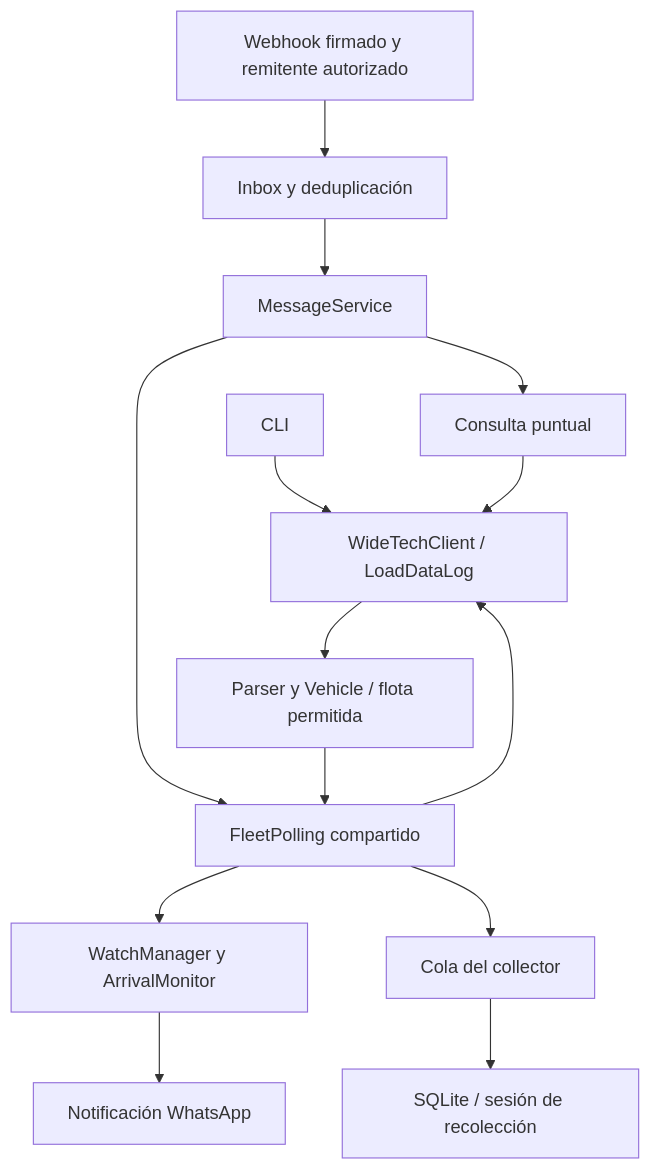
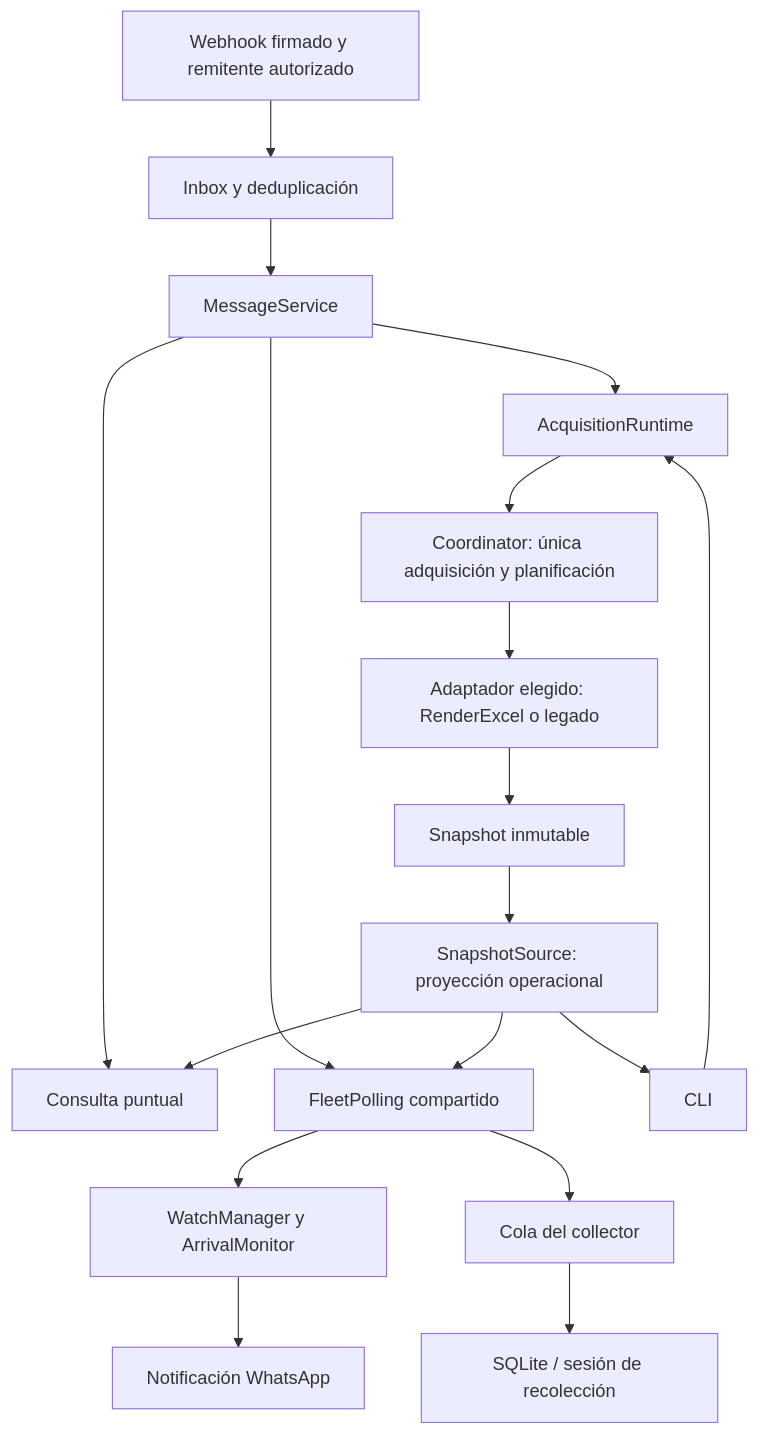
One commit to jc-bioeng/GPS_EMI changed the diagram in docs/guia-del-sistema.md. Above: the diagram before and after it, drawn with Mermaid. The commit also changed other lines of this file and 51 other files, not shown here.

````diff
--- a/docs/guia-del-sistema.md
+++ b/docs/guia-del-sistema.md
@@ -32,16 +33,20 @@
 ```mermaid
 flowchart TD
   W[Webhook firmado y remitente autorizado] --> I[Inbox y deduplicación]
   I --> M[MessageService]
   M --> Q[Consulta puntual]
   M --> P[FleetPolling compartido]
-  C[CLI] --> L[WideTechClient / LoadDataLog]
-  Q --> L
-  P --> L
-  L --> V[Parser y Vehicle / flota permitida]
+  C[CLI] --> R[AcquisitionRuntime]
+  M --> R
+  R --> K[Coordinator: única adquisición y planificación]
+  K --> L[Adaptador elegido: RenderExcel o legado]
+  L --> S[Snapshot inmutable]
+  S --> V[SnapshotSource: proyección operacional]
+  V --> Q
+  V --> C
   V --> P
   P --> A[WatchManager y ArrivalMonitor]
   A --> N[Notificación WhatsApp]
   P --> B[Cola del collector]
   B --> D[SQLite / sesión de recolección]
 ```
````
